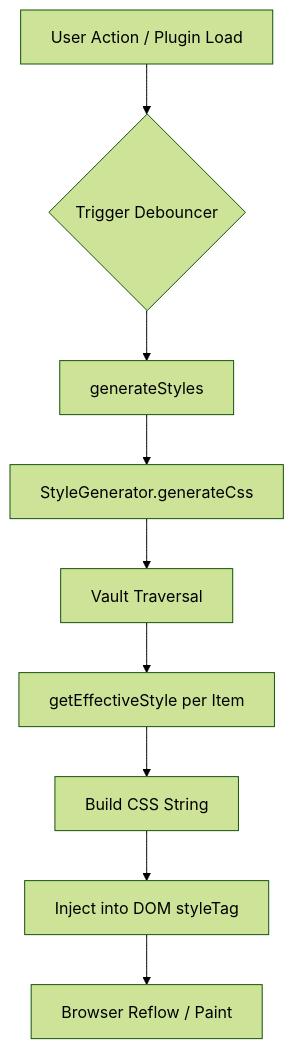
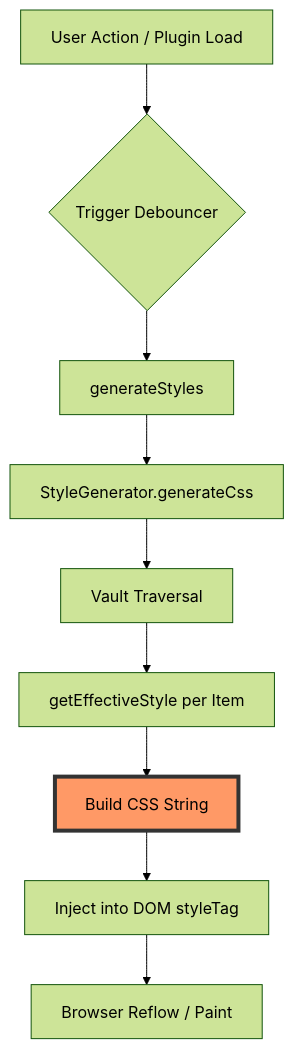
Before and after one commit to RohitNahar-Offical/colorful-folders-obsidian: the first of 2 diagrams in docs/ARCHITECTURE.md, drawn with Mermaid (forest theme). The commit also changed other lines of this file and 8 other files, not shown here.

Commit message:
Docs: Complete overhaul of developer documentation. Added premium styling, mermaid diagrams, and restored technical sections.

````diff
--- a/docs/ARCHITECTURE.md
+++ b/docs/ARCHITECTURE.md
@@ -14,11 +17,13 @@
 ```mermaid
 graph TD
     A[User Action / Plugin Load] --> B{Trigger Debouncer}
     B --> C[generateStyles]
     C --> D[StyleGenerator.generateCss]
     D --> E[Vault Traversal]
     E --> F[getEffectiveStyle per Item]
     F --> G[Build CSS String]
     G --> H[Inject into DOM styleTag]
     H --> I[Browser Reflow / Paint]
+    
+    style G fill:#f96,stroke:#333,stroke-width:4px
 ```
````
